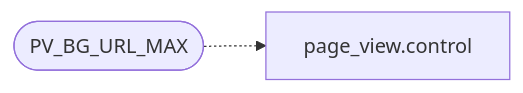
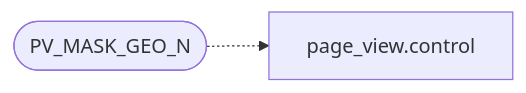
Before and after one commit to grisuno/FreeDom: the second of 2 diagrams in readmenator-apidocs/modules/include.page_view.h.md, drawn with Mermaid. The commit also changed other lines of this file and 301 other files, not shown here.

````diff
--- a/readmenator-apidocs/modules/include.page_view.h.md
+++ b/readmenator-apidocs/modules/include.page_view.h.md
@@ -59,6 +59,6 @@
 ```mermaid
 flowchart LR
-    n_include_page_view_h__PV_BG_URL_MAX(["PV_BG_URL_MAX"])
+    n_include_page_view_h__PV_MASK_GEO_N(["PV_MASK_GEO_N"])
     n_src_page_view_c__control["page_view.control"]
-    n_include_page_view_h__PV_BG_URL_MAX -.-> n_src_page_view_c__control
+    n_include_page_view_h__PV_MASK_GEO_N -.-> n_src_page_view_c__control
 ```
````
